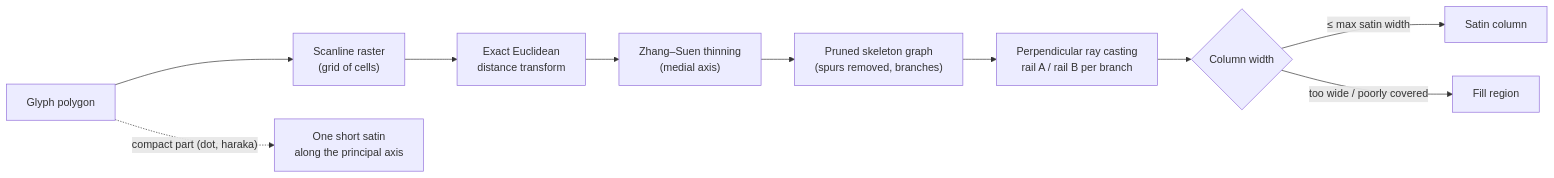
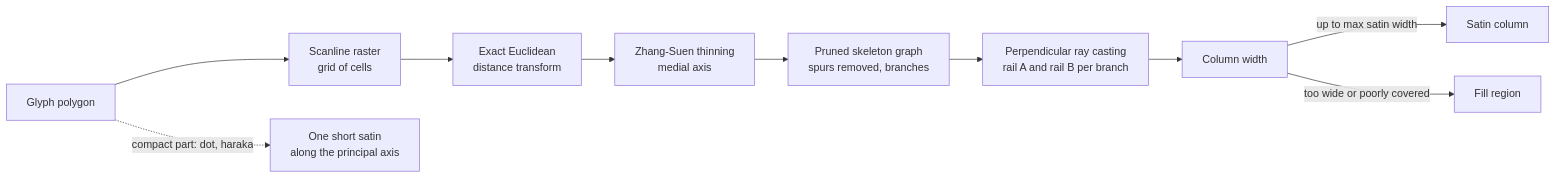
One commit to TerminalDZ/tarz-text changed the second of 4 diagrams in README.ar.md. Above: the diagram before and after it, drawn with Mermaid. The commit also changed other lines of this file and 1 other file, not shown here.

Commit message:
docs: GitHub-safe mermaid diagrams

````diff
--- a/README.ar.md
+++ b/README.ar.md
@@ -167,12 +167,12 @@
 ```mermaid
 flowchart LR
-    P["Glyph polygon"] --> R["Scanline raster<br/>(grid of cells)"]
-    R --> DT["Exact Euclidean<br/>distance transform"]
-    DT --> ZS["Zhang–Suen thinning<br/>(medial axis)"]
-    ZS --> PG["Pruned skeleton graph<br/>(spurs removed, branches)"]
-    PG --> RC["Perpendicular ray casting<br/>rail A / rail B per branch"]
-    RC --> W{"Column width"}
-    W -->|"≤ max satin width"| S["Satin column"]
-    W -->|"too wide / poorly covered"| FL["Fill region"]
-    P -.->|"compact part (dot, haraka)"| DOT["One short satin<br/>along the principal axis"]
+    P["Glyph polygon"] --> R["Scanline raster<br>grid of cells"]
+    R --> DT["Exact Euclidean<br>distance transform"]
+    DT --> ZS["Zhang-Suen thinning<br>medial axis"]
+    ZS --> PG["Pruned skeleton graph<br>spurs removed, branches"]
+    PG --> RC["Perpendicular ray casting<br>rail A and rail B per branch"]
+    RC --> W["Column width"]
+    W -->|"up to max satin width"| S["Satin column"]
+    W -->|"too wide or poorly covered"| FL["Fill region"]
+    P -.->|"compact part: dot, haraka"| DOT["One short satin<br>along the principal axis"]
 ```
````
